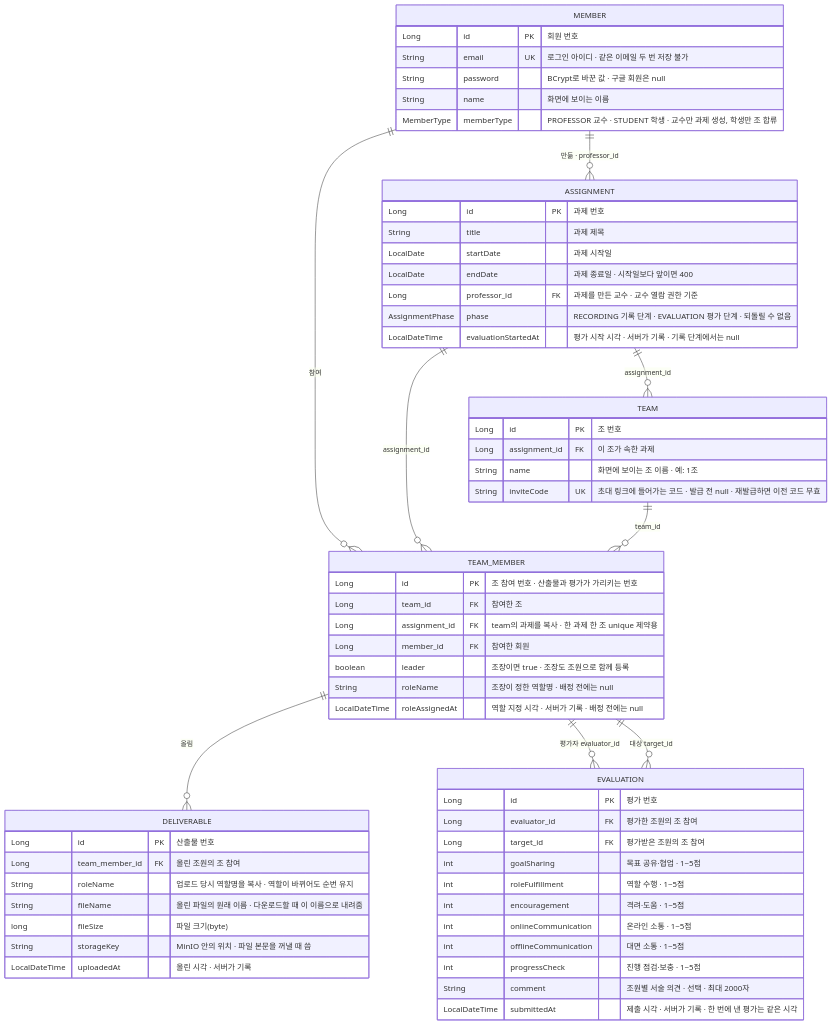
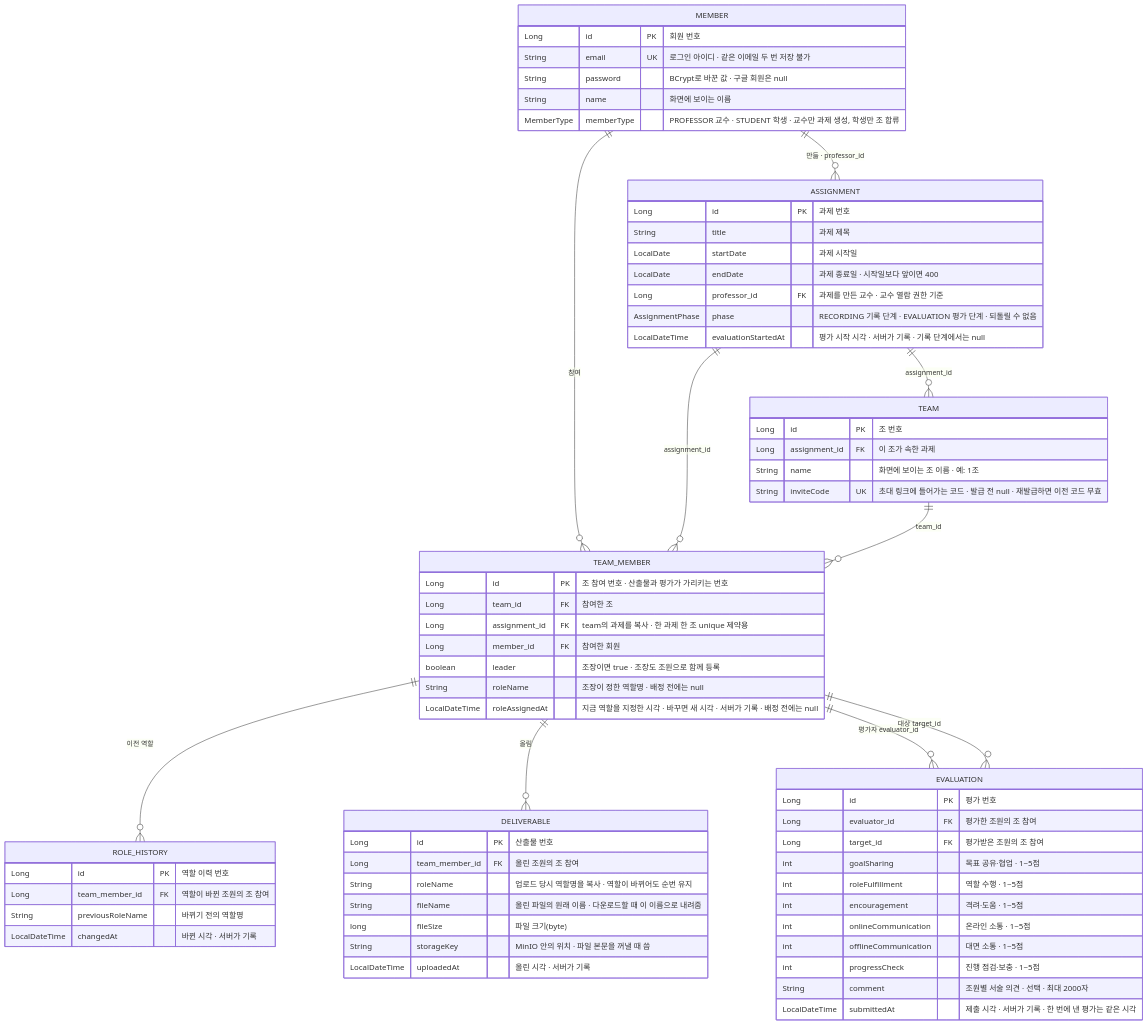
One commit to Pyrite9/footprint-demo changed the sixth of 6 diagrams in docs/architecture.md. Above: the diagram before and after it, drawn with Mermaid. The commit also changed other lines of this file and 27 other files, not shown here.

Commit message:
feat: add role change with history

````diff
--- a/docs/architecture.md
+++ b/docs/architecture.md
@@ -200,65 +201,72 @@
 ```mermaid
 erDiagram
     MEMBER ||--o{ ASSIGNMENT : "만듦 · professor_id"
     MEMBER ||--o{ TEAM_MEMBER : "참여"
     ASSIGNMENT ||--o{ TEAM : "assignment_id"
     ASSIGNMENT ||--o{ TEAM_MEMBER : "assignment_id"
     TEAM ||--o{ TEAM_MEMBER : "team_id"
+    TEAM_MEMBER ||--o{ ROLE_HISTORY : "이전 역할"
     TEAM_MEMBER ||--o{ DELIVERABLE : "올림"
     TEAM_MEMBER ||--o{ EVALUATION : "평가자 evaluator_id"
     TEAM_MEMBER ||--o{ EVALUATION : "대상 target_id"
 
     MEMBER {
         Long id PK "회원 번호"
         String email UK "로그인 아이디 · 같은 이메일 두 번 저장 불가"
         String password "BCrypt로 바꾼 값 · 구글 회원은 null"
         String name "화면에 보이는 이름"
         MemberType memberType "PROFESSOR 교수 · STUDENT 학생 · 교수만 과제 생성, 학생만 조 합류"
     }
     ASSIGNMENT {
         Long id PK "과제 번호"
         String title "과제 제목"
         LocalDate startDate "과제 시작일"
         LocalDate endDate "과제 종료일 · 시작일보다 앞이면 400"
         Long professor_id FK "과제를 만든 교수 · 교수 열람 권한 기준"
         AssignmentPhase phase "RECORDING 기록 단계 · EVALUATION 평가 단계 · 되돌릴 수 없음"
         LocalDateTime evaluationStartedAt "평가 시작 시각 · 서버가 기록 · 기록 단계에서는 null"
     }
     TEAM {
         Long id PK "조 번호"
         Long assignment_id FK "이 조가 속한 과제"
         String name "화면에 보이는 조 이름 · 예: 1조"
         String inviteCode UK "초대 링크에 들어가는 코드 · 발급 전 null · 재발급하면 이전 코드 무효"
     }
     TEAM_MEMBER {
         Long id PK "조 참여 번호 · 산출물과 평가가 가리키는 번호"
         Long team_id FK "참여한 조"
         Long assignment_id FK "team의 과제를 복사 · 한 과제 한 조 unique 제약용"
         Long member_id FK "참여한 회원"
         boolean leader "조장이면 true · 조장도 조원으로 함께 등록"
         String roleName "조장이 정한 역할명 · 배정 전에는 null"
-        LocalDateTime roleAssignedAt "역할 지정 시각 · 서버가 기록 · 배정 전에는 null"
+        LocalDateTime roleAssignedAt "지금 역할을 지정한 시각 · 바꾸면 새 시각 · 서버가 기록 · 배정 전에는 null"
+    }
+    ROLE_HISTORY {
+        Long id PK "역할 이력 번호"
+        Long team_member_id FK "역할이 바뀐 조원의 조 참여"
+        String previousRoleName "바뀌기 전의 역할명"
+        LocalDateTime changedAt "바뀐 시각 · 서버가 기록"
     }
     DELIVERABLE {
         Long id PK "산출물 번호"
         Long team_member_id FK "올린 조원의 조 참여"
         String roleName "업로드 당시 역할명을 복사 · 역할이 바뀌어도 순번 유지"
         String fileName "올린 파일의 원래 이름 · 다운로드할 때 이 이름으로 내려줌"
         long fileSize "파일 크기(byte)"
         String storageKey "MinIO 안의 위치 · 파일 본문을 꺼낼 때 씀"
         LocalDateTime uploadedAt "올린 시각 · 서버가 기록"
     }
     EVALUATION {
         Long id PK "평가 번호"
         Long evaluator_id FK "평가한 조원의 조 참여"
         Long target_id FK "평가받은 조원의 조 참여"
         int goalSharing "목표 공유·협업 · 1~5점"
         int roleFulfillment "역할 수행 · 1~5점"
         int encouragement "격려·도움 · 1~5점"
         int onlineCommunication "온라인 소통 · 1~5점"
         int offlineCommunication "대면 소통 · 1~5점"
         int progressCheck "진행 점검·보충 · 1~5점"
         String comment "조원별 서술 의견 · 선택 · 최대 2000자"
         LocalDateTime submittedAt "제출 시각 · 서버가 기록 · 한 번에 낸 평가는 같은 시각"
     }
 ```
````
